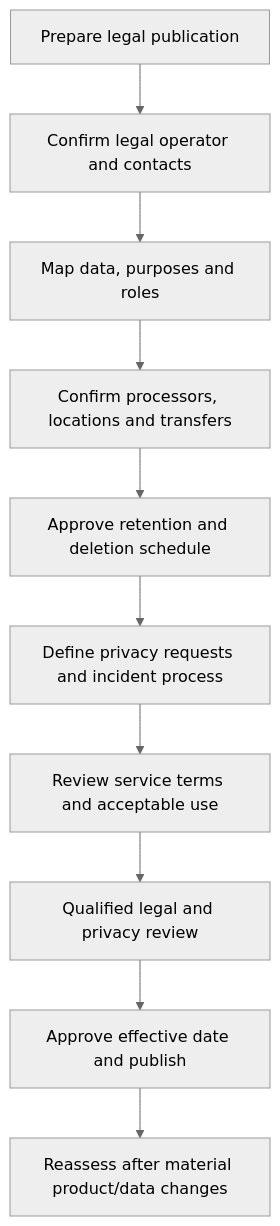
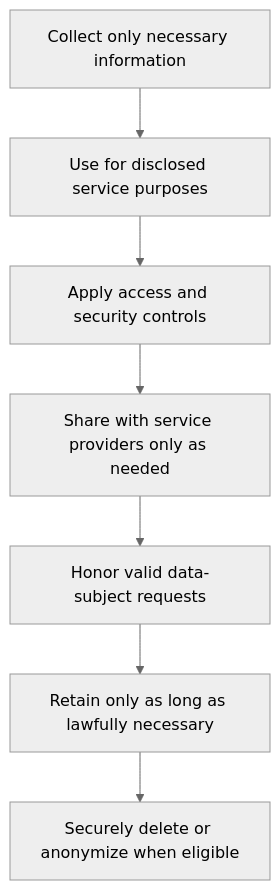
Diagram 12 of 12 in README.md (DevJel/LeadMASTER), drawn with Mermaid (neutral theme) before and after one commit. The commit also changed other lines of this file, not shown here.

Commit message:
Document published legal policies and privacy lifecycle

```diff
--- a/README.md
+++ b/README.md
@@ -651,12 +618,9 @@
 ~~~mermaid
 flowchart TD
-  L[Prepare legal publication] --> O[Confirm legal operator and contacts]
-  O --> D[Map data, purposes and roles]
-  D --> P[Confirm processors, locations and transfers]
-  P --> R[Approve retention and deletion schedule]
-  R --> Rights[Define privacy requests and incident process]
-  Rights --> T[Review service terms and acceptable use]
-  T --> Counsel[Qualified legal and privacy review]
-  Counsel --> Publish[Approve effective date and publish]
-  Publish --> Review[Reassess after material product/data changes]
+  A[Collect only necessary information] --> B[Use for disclosed service purposes]
+  B --> C[Apply access and security controls]
+  C --> D[Share with service providers only as needed]
+  D --> E[Honor valid data-subject requests]
+  E --> F[Retain only as long as lawfully necessary]
+  F --> G[Securely delete or anonymize when eligible]
 ~~~
```
